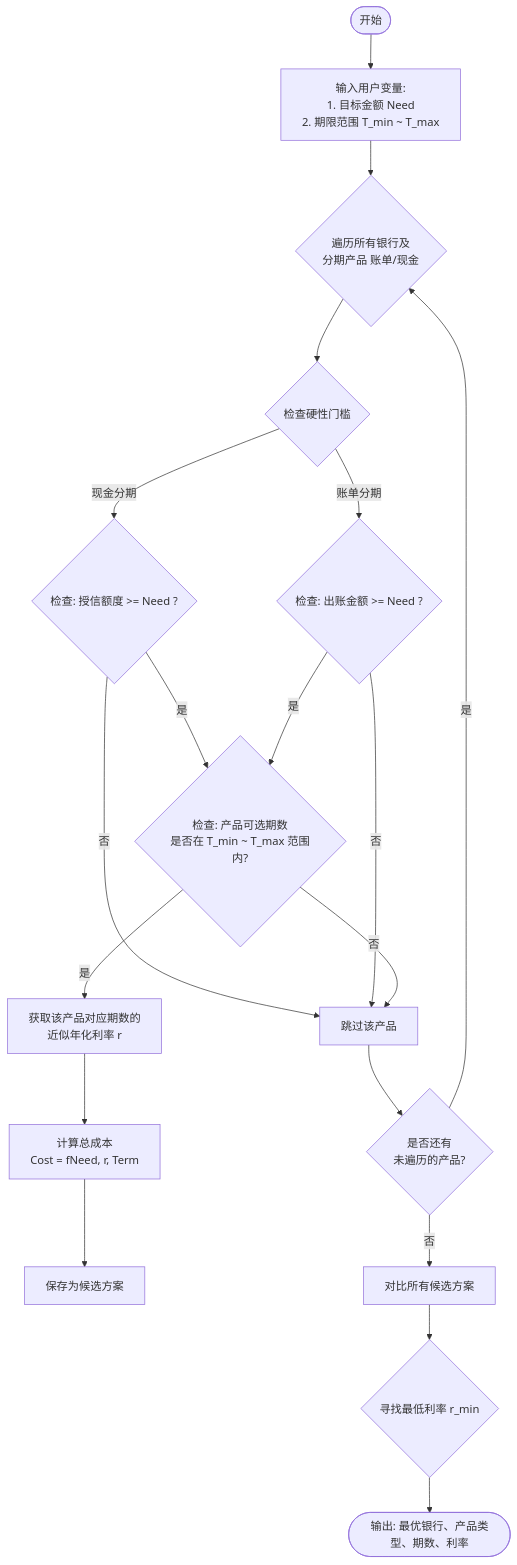
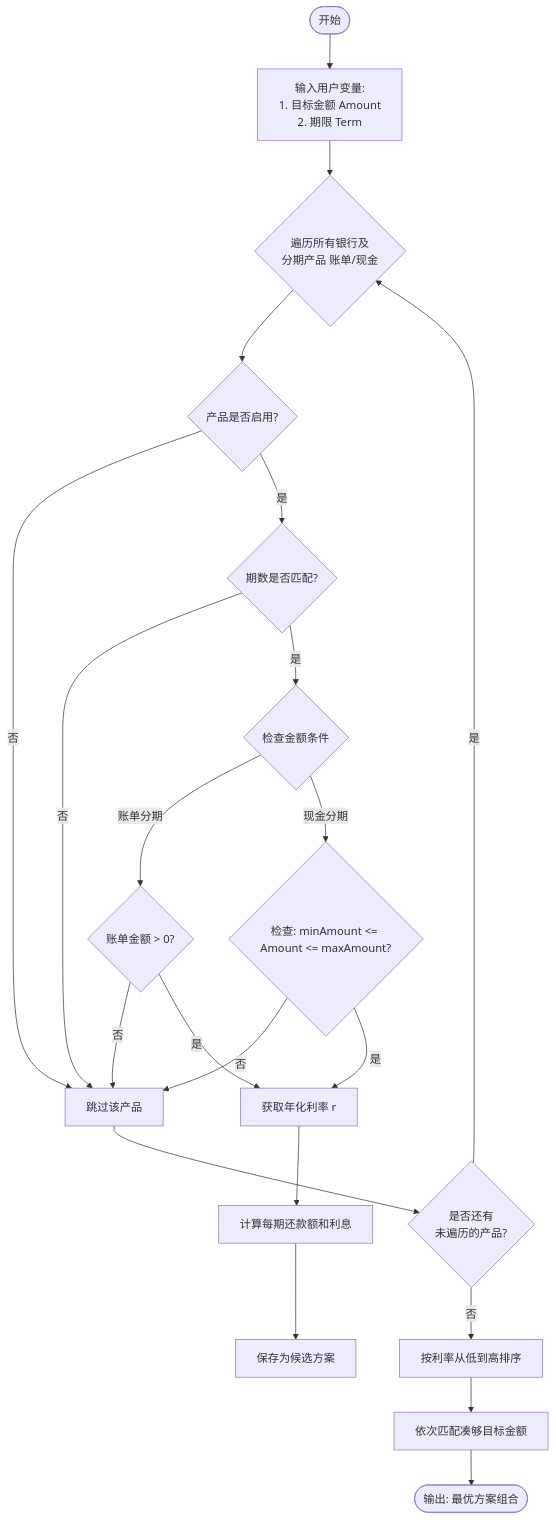
Before and after one commit to Lia-Liao/credit-calculator: the diagram in prd/PRD.md, drawn with Mermaid. The commit also changed other lines of this file and 41 other files, not shown here.

````diff
--- a/prd/PRD.md
+++ b/prd/PRD.md
@@ -287,38 +267,34 @@
 ```mermaid
 flowchart TD
-    Start([开始]) --> Input[输入用户变量: <br/>1. 目标金额 Need<br/>2. 期限范围 T_min ~ T_max]
+    Start([开始]) --> Input[输入用户变量: <br/>1. 目标金额 Amount<br/>2. 期限 Term]
     
     Input --> LoopStart{遍历所有银行及<br/>分期产品 账单/现金}
     
-    LoopStart --> CheckLimit{检查硬性门槛}
-    
-    %% 门槛判断逻辑
-    CheckLimit -- 现金分期 --> CheckCredit{检查: 授信额度 >= Need ?}
-    CheckLimit -- 账单分期 --> CheckBill{检查: 出账金额 >= Need ?}
-    
-    CheckCredit -- 否 --> NextProduct[跳过该产品]
-    CheckBill -- 否 --> NextProduct
-    
-    CheckCredit -- 是 --> CheckTerm
-    CheckBill -- 是 --> CheckTerm
-    
-    %% 期限判断逻辑
-    CheckTerm{检查: 产品可选期数<br/>是否在 T_min ~ T_max 范围内?}
+    LoopStart --> CheckEnabled{产品是否启用?}
+    CheckEnabled -- 否 --> NextProduct[跳过该产品]
+    CheckEnabled -- 是 --> CheckTerm{期数是否匹配?}
     
     CheckTerm -- 否 --> NextProduct
-    CheckTerm -- 是 --> GetRate[获取该产品对应期数的<br/>近似年化利率 r]
+    CheckTerm -- 是 --> CheckAmount{检查金额条件}
     
-    %% 计算成本
-    GetRate --> CalcCost[计算总成本<br/>Cost = fNeed, r, Term]
+    CheckAmount -- 账单分期 --> CheckBill{账单金额 > 0?}
+    CheckAmount -- 现金分期 --> CheckCash{检查: minAmount <= Amount <= maxAmount?}
     
-    %% 存储结果
+    CheckBill -- 否 --> NextProduct
+    CheckCash -- 否 --> NextProduct
+    
+    CheckBill -- 是 --> GetRate[获取年化利率 r]
+    CheckCash -- 是 --> GetRate
+    
+    GetRate --> CalcCost[计算每期还款额和利息]
+    
     CalcCost --> SaveResult[保存为候选方案]
     
     NextProduct --> LoopEnd{是否还有<br/>未遍历的产品?}
     LoopEnd -- 是 --> LoopStart
-    LoopEnd -- 否 --> Compare[对比所有候选方案]
+    LoopEnd -- 否 --> Sort[按利率从低到高排序]
     
-    Compare --> FindMin{寻找最低利率 r_min}
+    Sort --> Match[依次匹配凑够目标金额]
     
-    FindMin --> Output([输出: 最优银行、产品类型、期数、利率])
+    Match --> Output([输出: 最优方案组合])
 ```
````
